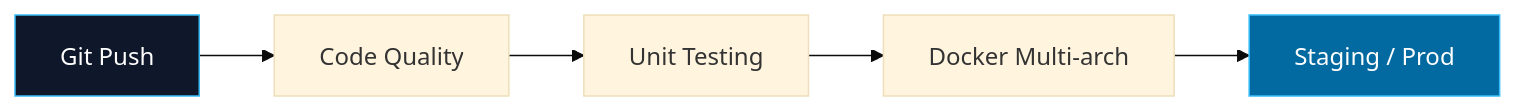
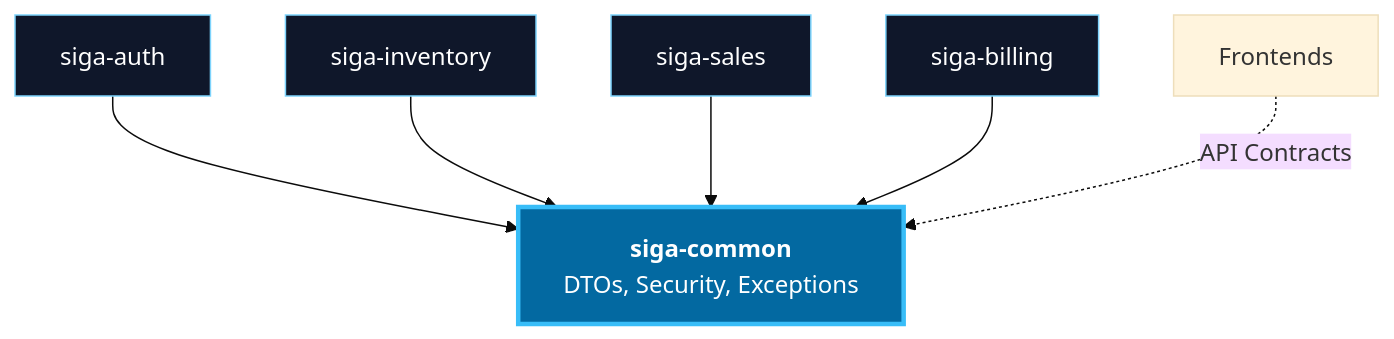
One commit to HecAguilaV/SIGA changed the second of 2 diagrams in docs/technical-room/en/03-DEVELOPMENT-VIEW.mdx. Above: the diagram before and after it, drawn with Mermaid (base theme). The commit also changed other lines of this file and 10 other files, not shown here.

Commit message:
docs(tech-room): finalize 4+1 view model with high-fidelity diagrams and semantic monorepo sync

````diff
--- a/docs/technical-room/en/03-DEVELOPMENT-VIEW.mdx
+++ b/docs/technical-room/en/03-DEVELOPMENT-VIEW.mdx
@@ -41,10 +55,18 @@
 ```mermaid
-flowchart LR
-    Push[Git Push] --> Lint[Code Quality]
-    Lint --> Test[Unit Testing]
-    Test --> Build[Docker Multi-arch]
-    Build --> Deploy[Staging / Prod]
+graph TD
+    Common[<b>siga-common</b><br/>DTOs, Security, Exceptions]
+    
+    Auth[siga-auth] --> Common
+    Inv[siga-inventory] --> Common
+    Sales[siga-sales] --> Common
+    Billing[siga-billing] --> Common
+    
+    UI_Apps[Frontends] -.->|API Contracts| Common
 
-    style Push fill:#0f172a,stroke:#38bdf8,color:#fff
-    style Deploy fill:#0369a1,stroke:#38bdf8,color:#fff
+    %% Neon Styles
+    style Common fill:#0369a1,stroke:#38bdf8,stroke-width:3px,color:#fff
+    style Auth fill:#0f172a,stroke:#7dd3fc,color:#fff
+    style Inv fill:#0f172a,stroke:#7dd3fc,color:#fff
+    style Sales fill:#0f172a,stroke:#7dd3fc,color:#fff
+    style Billing fill:#0f172a,stroke:#7dd3fc,color:#fff
 ```
````
